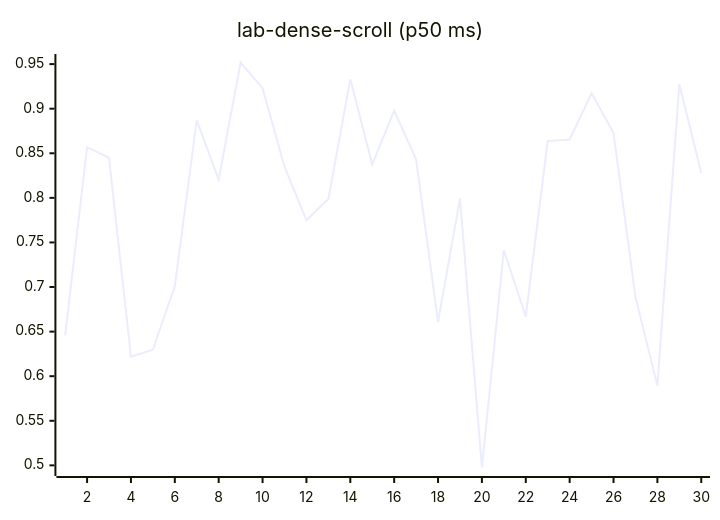
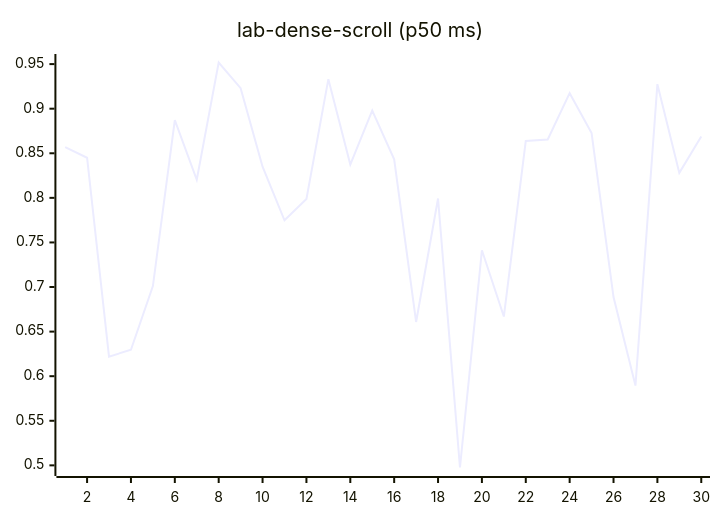
One commit to josha/Facet changed diagram 12 of 27 in README.md. Above: the diagram before and after it, drawn with Mermaid. The commit also changed other lines of this file and 2 other files, not shown here.

````diff
--- a/README.md
+++ b/README.md
@@ -140,6 +140,6 @@
 ```mermaid
 xychart-beta
     title "lab-dense-scroll (p50 ms)"
     x-axis 1 --> 30
-    line [0.6458, 0.8568, 0.8450, 0.6219, 0.6297, 0.7010, 0.8871, 0.8203, 0.9518, 0.9230, 0.8349, 0.7748, 0.7987, 0.9331, 0.8374, 0.8979, 0.8432, 0.6608, 0.7993, 0.4976, 0.7412, 0.6669, 0.8638, 0.8655, 0.9174, 0.8727, 0.6887, 0.5895, 0.9275, 0.8280]
+    line [0.8568, 0.8450, 0.6219, 0.6297, 0.7010, 0.8871, 0.8203, 0.9518, 0.9230, 0.8349, 0.7748, 0.7987, 0.9331, 0.8374, 0.8979, 0.8432, 0.6608, 0.7993, 0.4976, 0.7412, 0.6669, 0.8638, 0.8655, 0.9174, 0.8727, 0.6887, 0.5895, 0.9275, 0.8280, 0.8687]
 ```
````
